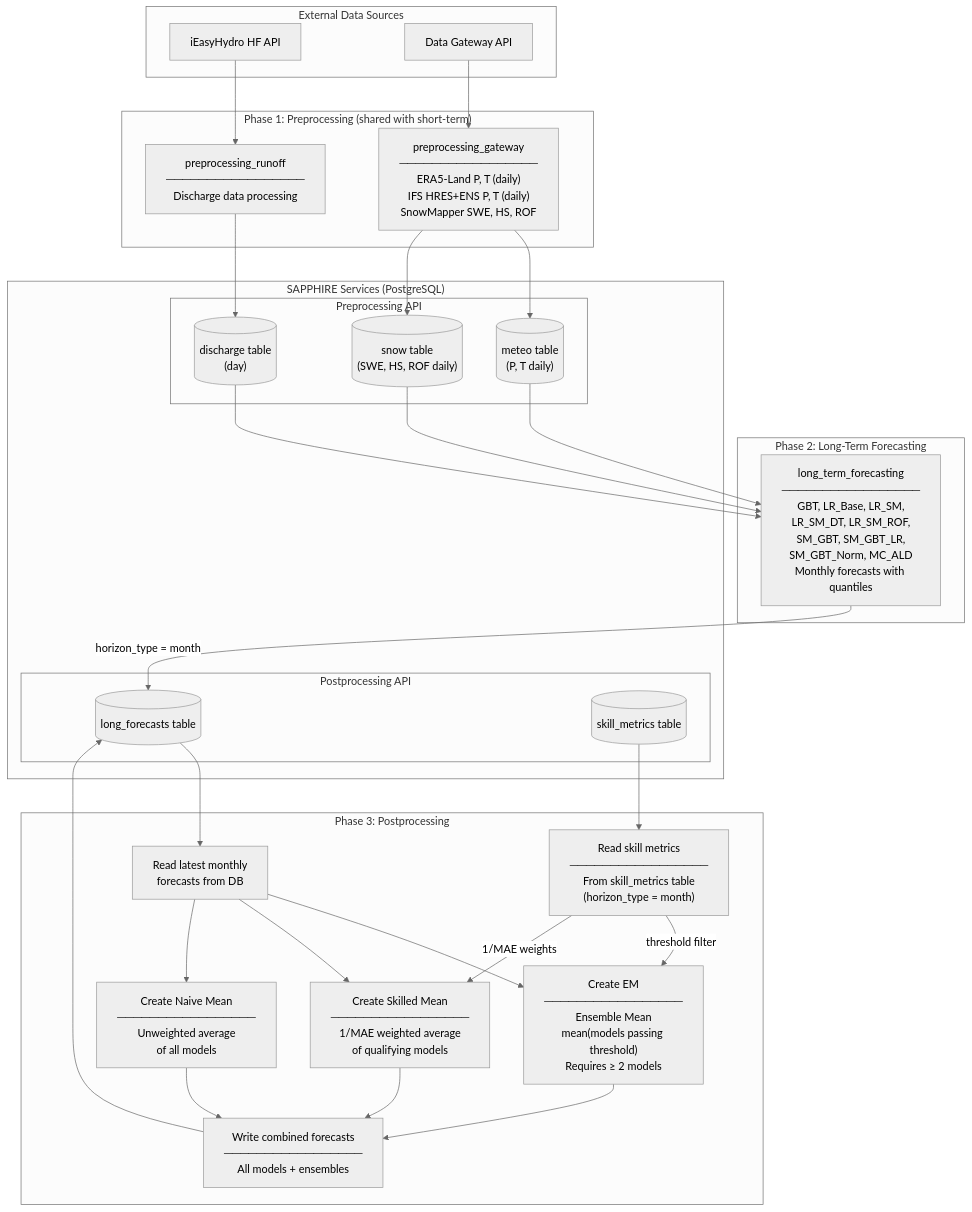
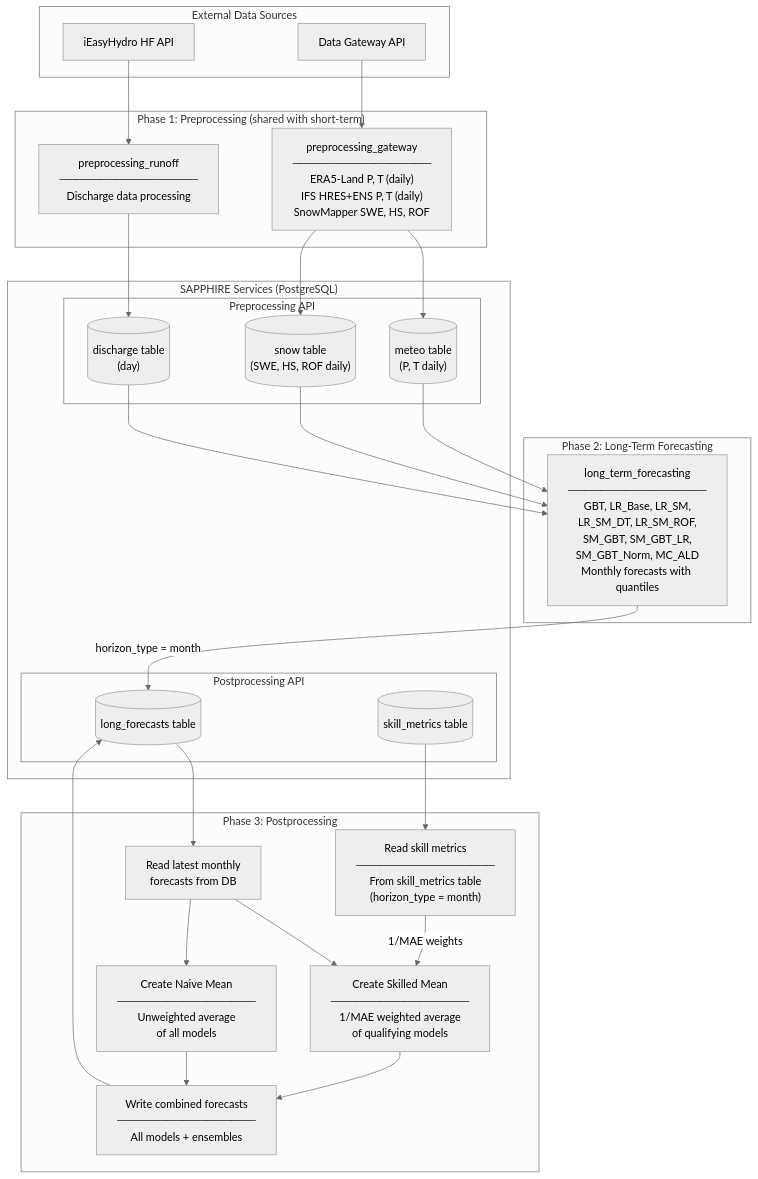
Before and after one commit to hydrosolutions/SAPPHIRE_Forecast_Tools: the first of 3 diagrams in doc/data_flow_long_term.md, drawn with Mermaid (neutral theme). The commit also changed other lines of this file and 57 other files, not shown here.

````diff
--- a/doc/data_flow_long_term.md
+++ b/doc/data_flow_long_term.md
@@ -27,69 +27,65 @@
 ```mermaid
 flowchart TD
     subgraph External["External Data Sources"]
         iEH["iEasyHydro HF API"]
         DG["Data Gateway API"]
     end
 
     subgraph Phase1["Phase 1: Preprocessing (shared with short-term)"]
         PR["preprocessing_runoff<br/>─────────────────<br/>Discharge data processing"]
         PG["preprocessing_gateway<br/>─────────────────<br/>ERA5-Land P, T (daily)<br/>IFS HRES+ENS P, T (daily)<br/>SnowMapper SWE, HS, ROF"]
     end
 
     subgraph Phase2["Phase 2: Long-Term Forecasting"]
         LT["long_term_forecasting<br/>─────────────────<br/>GBT, LR_Base, LR_SM,<br/>LR_SM_DT, LR_SM_ROF,<br/>SM_GBT, SM_GBT_LR,<br/>SM_GBT_Norm, MC_ALD<br/>Monthly forecasts with quantiles"]
     end
 
     subgraph Phase3["Phase 3: Postprocessing"]
         READ_F["Read latest monthly<br/>forecasts from DB"]
         READ_SK["Read skill metrics<br/>─────────────────<br/>From skill_metrics table<br/>(horizon_type = month)"]
-        EM["Create EM<br/>─────────────────<br/>Ensemble Mean<br/>mean(models passing threshold)<br/>Requires ≥ 2 models"]
         SM_ENS["Create Skilled Mean<br/>─────────────────<br/>1/MAE weighted average<br/>of qualifying models"]
         NM["Create Naive Mean<br/>─────────────────<br/>Unweighted average<br/>of all models"]
         WR["Write combined forecasts<br/>─────────────────<br/>All models + ensembles"]
     end
 
     subgraph DB["SAPPHIRE Services (PostgreSQL)"]
         subgraph PreDB["Preprocessing API"]
             DT[("discharge table<br/>(day)")]
             MT[("meteo table<br/>(P, T daily)")]
             SNT[("snow table<br/>(SWE, HS, ROF daily)")]
         end
         subgraph PostDB["Postprocessing API"]
             LFT[("long_forecasts table")]
             SMT[("skill_metrics table")]
         end
     end
 
     %% External → Preprocessing
     iEH --> PR
     DG --> PG
 
     %% Preprocessing → DB
     PR --> DT
     PG --> MT
     PG --> SNT
 
     %% DB → Long-Term Forecasting
     DT --> LT
     MT --> LT
     SNT --> LT
     LT -- "horizon_type = month" --> LFT
 
     %% Postprocessing reads
     LFT --> READ_F
     SMT --> READ_SK
 
     %% Ensemble creation
-    READ_F --> EM
     READ_F --> SM_ENS
     READ_F --> NM
-    READ_SK -- "threshold filter" --> EM
     READ_SK -- "1/MAE weights" --> SM_ENS
 
     %% Writing
-    EM --> WR
     SM_ENS --> WR
     NM --> WR
     WR --> LFT
 ```
````
